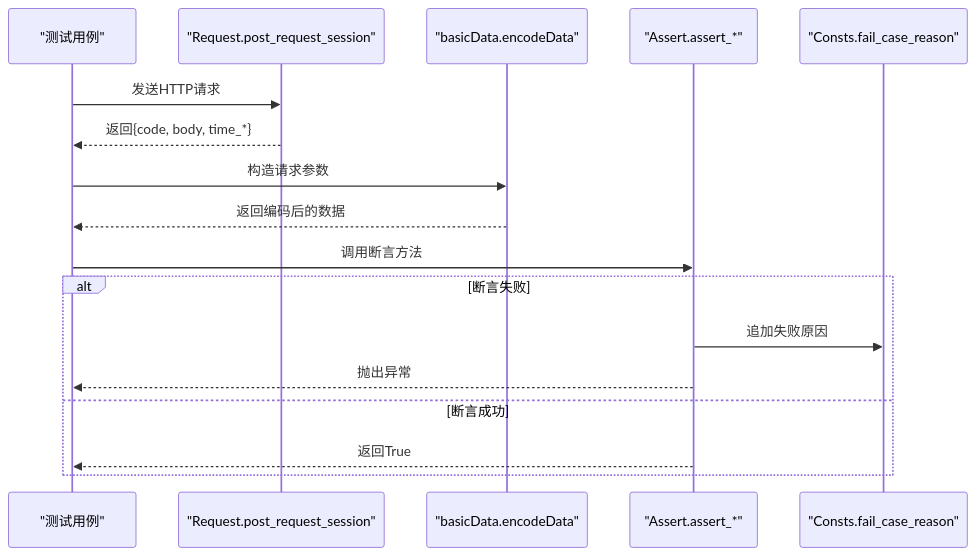
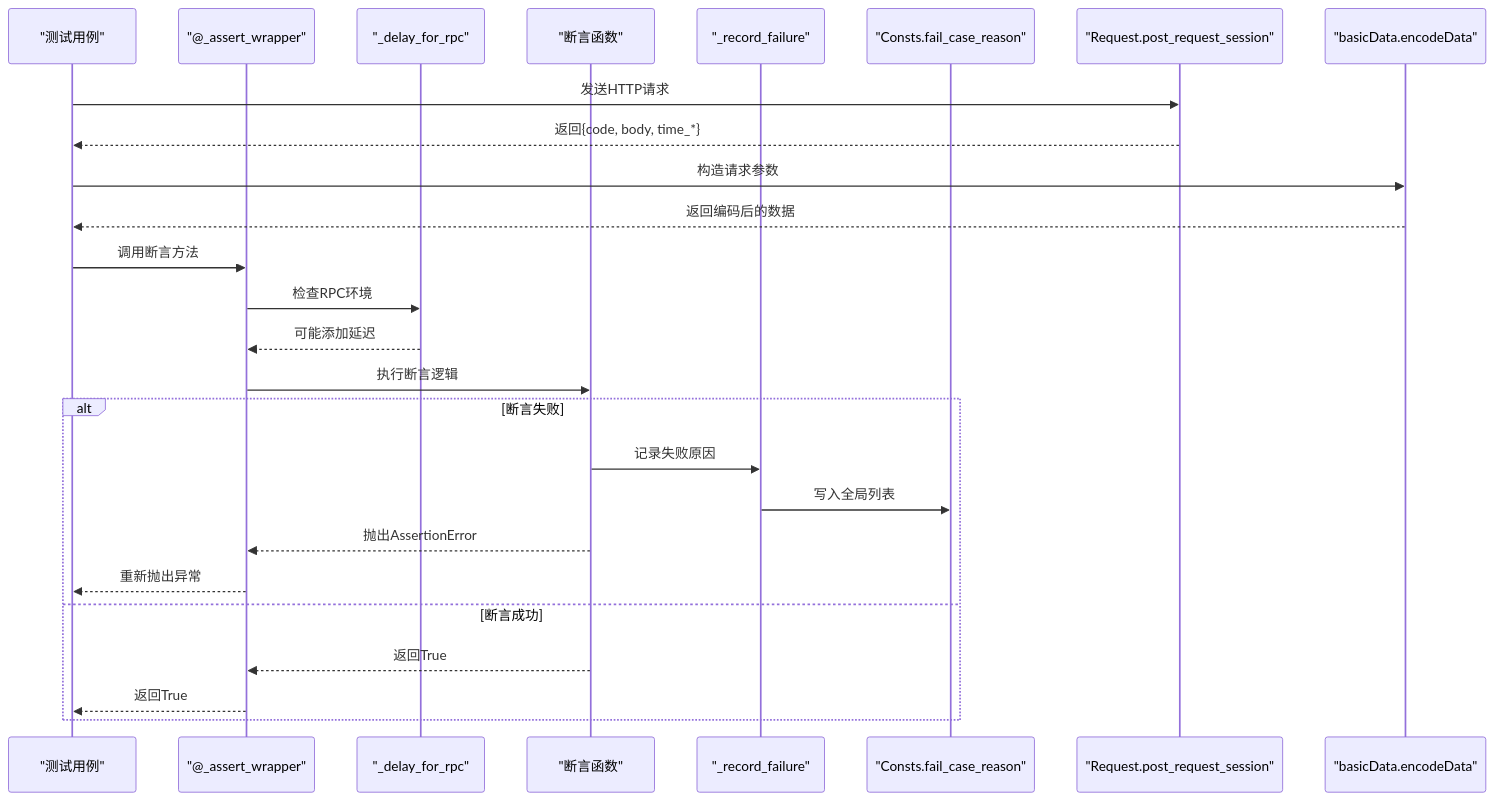
One commit to liximing1-ola/qa-payTest changed the second of 4 diagrams in .qoder/repowiki/zh/content/核心模块/断言验证模块.md. Above: the diagram before and after it, drawn with Mermaid. The commit also changed other lines of this file and 13 other files, not shown here.

````diff
--- a/.qoder/repowiki/zh/content/核心模块/断言验证模块.md
+++ b/.qoder/repowiki/zh/content/核心模块/断言验证模块.md
@@ -133,19 +148,28 @@
 ```mermaid
 sequenceDiagram
 participant TC as "测试用例"
+participant WRAP as "@_assert_wrapper"
+participant DELAY as "_delay_for_rpc"
+participant FUNC as "断言函数"
+participant RECORD as "_record_failure"
+participant CONSTS as "Consts.fail_case_reason"
 participant REQ as "Request.post_request_session"
 participant BD as "basicData.encodeData"
-participant AS as "Assert.assert_*"
-participant CS as "Consts.fail_case_reason"
 TC->>REQ : 发送HTTP请求
 REQ-->>TC : 返回{code, body, time_*}
 TC->>BD : 构造请求参数
 BD-->>TC : 返回编码后的数据
-TC->>AS : 调用断言方法
+TC->>WRAP : 调用断言方法
+WRAP->>DELAY : 检查RPC环境
+DELAY-->>WRAP : 可能添加延迟
+WRAP->>FUNC : 执行断言逻辑
 alt 断言失败
-AS->>CS : 追加失败原因
-AS-->>TC : 抛出异常
+FUNC->>RECORD : 记录失败原因
+RECORD->>CONSTS : 写入全局列表
+FUNC-->>WRAP : 抛出AssertionError
+WRAP-->>TC : 重新抛出异常
 else 断言成功
-AS-->>TC : 返回True
+FUNC-->>WRAP : 返回True
+WRAP-->>TC : 返回True
 end
 ```
````
